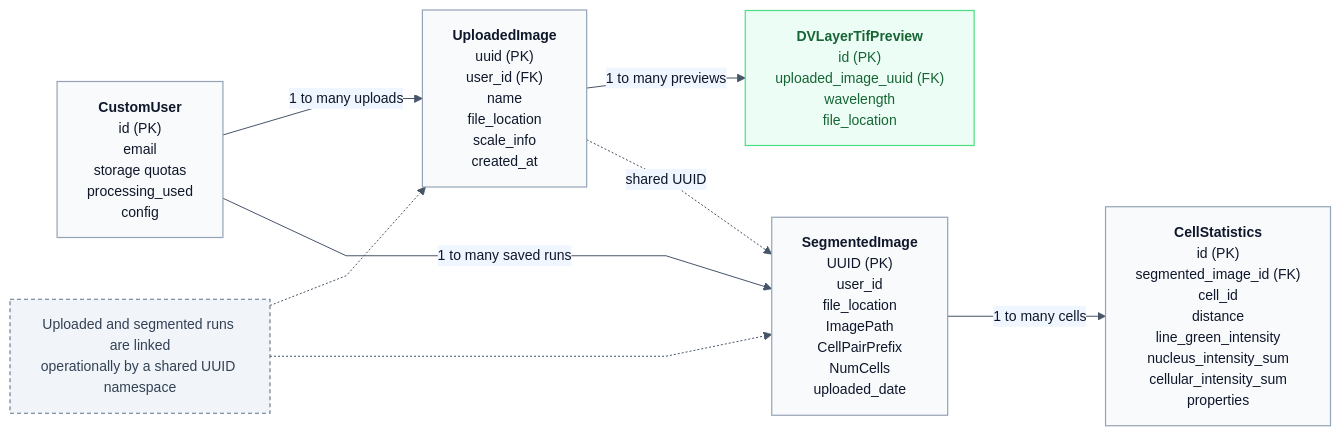
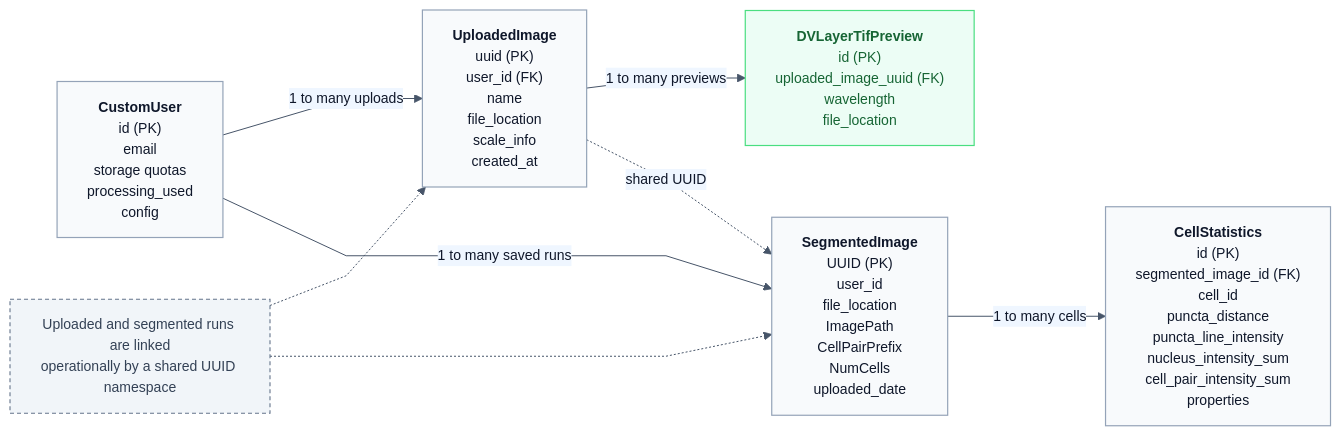
The diagram in docs/diagrams/11-data-model.mmd (BrentLagesse/CytoCV), drawn with Mermaid before and after one commit. The commit also changed 68 other files, not shown here.

```diff
--- a/docs/diagrams/11-data-model.mmd
+++ b/docs/diagrams/11-data-model.mmd
@@ -1,24 +1,24 @@
 %%{init: {"theme":"base","themeVariables":{"background":"#ffffff","primaryColor":"#f8fafc","primaryBorderColor":"#94a3b8","primaryTextColor":"#0f172a","secondaryColor":"#eff6ff","tertiaryColor":"#eef2ff","lineColor":"#475569","fontFamily":"Helvetica","fontSize":"14px"},"flowchart":{"htmlLabels":true,"curve":"linear","nodeSpacing":26,"rankSpacing":38}}}%%
 flowchart LR
     classDef entity fill:#f8fafc,stroke:#94a3b8,color:#0f172a,stroke-width:1.2px;
     classDef support fill:#ecfdf5,stroke:#4ade80,color:#166534,stroke-width:1.2px;
     classDef note fill:#f1f5f9,stroke:#64748b,color:#334155,stroke-width:1.1px,stroke-dasharray: 4 3;
 
     user["<b>CustomUser</b><br/>id (PK)<br/>email<br/>storage quotas<br/>processing_used<br/>config"]
     upload["<b>UploadedImage</b><br/>uuid (PK)<br/>user_id (FK)<br/>name<br/>file_location<br/>scale_info<br/>created_at"]
     preview["<b>DVLayerTifPreview</b><br/>id (PK)<br/>uploaded_image_uuid (FK)<br/>wavelength<br/>file_location"]
     result["<b>SegmentedImage</b><br/>UUID (PK)<br/>user_id<br/>file_location<br/>ImagePath<br/>CellPairPrefix<br/>NumCells<br/>uploaded_date"]
-    stats["<b>CellStatistics</b><br/>id (PK)<br/>segmented_image_id (FK)<br/>cell_id<br/>distance<br/>line_green_intensity<br/>nucleus_intensity_sum<br/>cellular_intensity_sum<br/>properties"]
+    stats["<b>CellStatistics</b><br/>id (PK)<br/>segmented_image_id (FK)<br/>cell_id<br/>puncta_distance<br/>puncta_line_intensity<br/>nucleus_intensity_sum<br/>cell_pair_intensity_sum<br/>properties"]
     uuid_link["Uploaded and segmented runs are linked<br/>operationally by a shared UUID namespace"]
 
     user -- "1 to many uploads" --> upload
     upload -- "1 to many previews" --> preview
     user -- "1 to many saved runs" --> result
     result -- "1 to many cells" --> stats
     upload -. "shared UUID" .-> result
     uuid_link -.-> upload
     uuid_link -.-> result
 
     class user,upload,result,stats entity
     class preview support
     class uuid_link note
```
